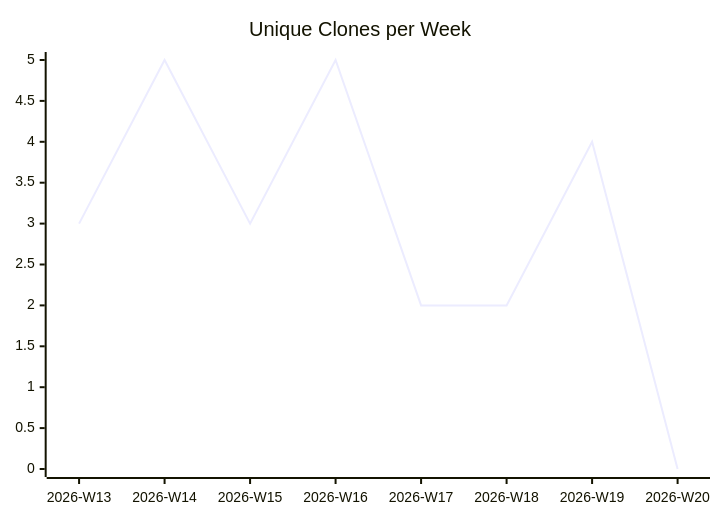
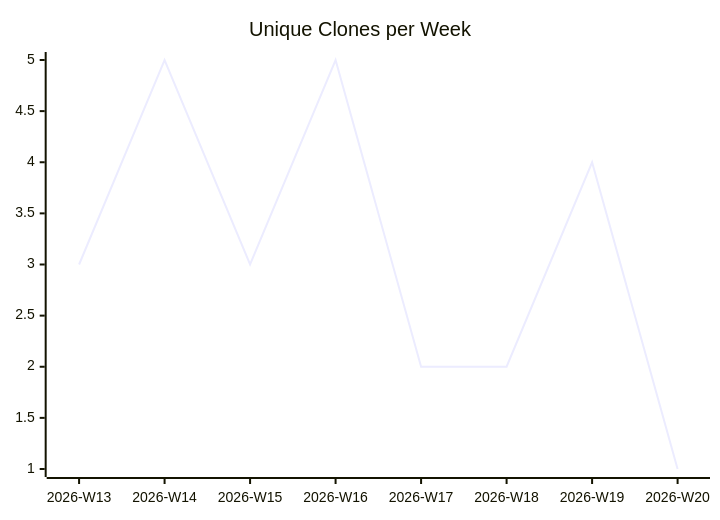
One commit to justdavis-family/github-analytics-data changed the third of 3 diagrams in karlmdavis/ansible-role-bind-dns/README.md. Above: the diagram before and after it, drawn with Mermaid. The commit also changed other lines of this file and 190 other files, not shown here.

````diff
--- a/karlmdavis/ansible-role-bind-dns/README.md
+++ b/karlmdavis/ansible-role-bind-dns/README.md
@@ -19,6 +19,6 @@
 ```mermaid
 xychart-beta
   title "Unique Clones per Week"
   x-axis ["2026-W13", "2026-W14", "2026-W15", "2026-W16", "2026-W17", "2026-W18", "2026-W19", "2026-W20"]
-  line [3, 5, 3, 5, 2, 2, 4, 0]
+  line [3, 5, 3, 5, 2, 2, 4, 1]
 ```
````
